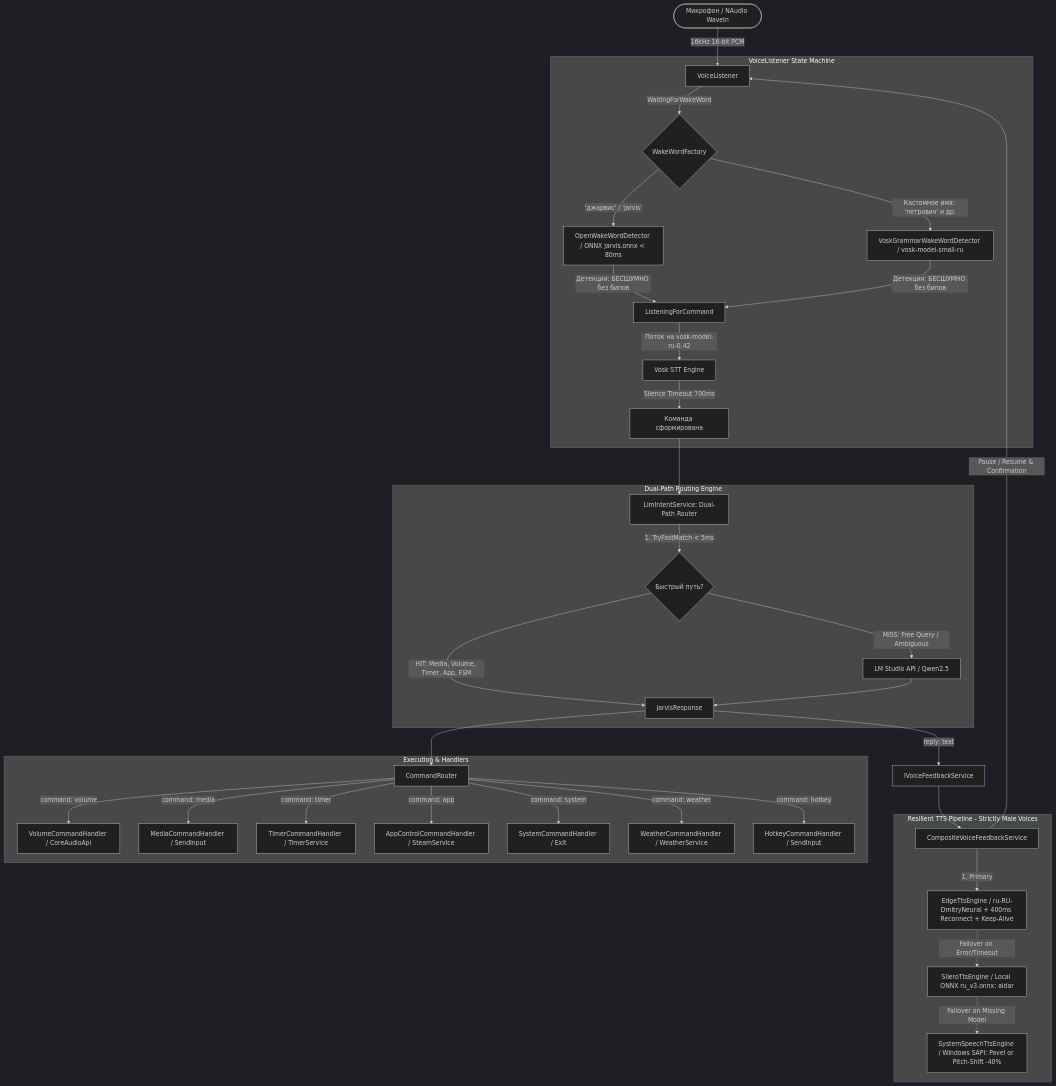
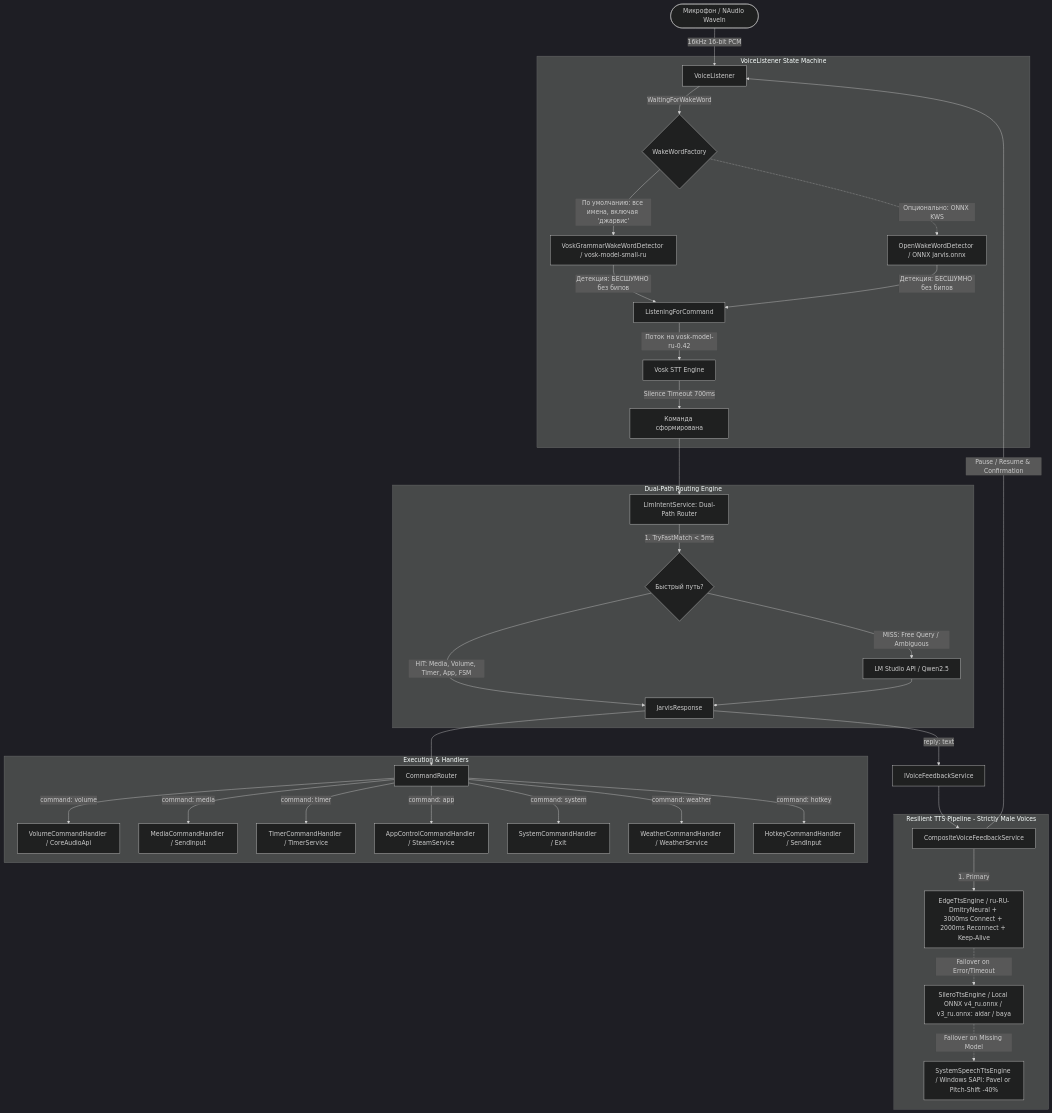
Before and after one commit to SamuRush/GemHelper: the first of 2 diagrams in ARCHITECTURE.md, drawn with Mermaid (dark theme). The commit also changed other lines of this file and 8 other files, not shown here.

Commit message:
fix(mic-tts): restore mic pipeline with VoskGrammar KWS, fix Edge-TTS and Silero timeouts

````diff
--- a/ARCHITECTURE.md
+++ b/ARCHITECTURE.md
@@ -11,46 +11,46 @@
 ```mermaid
 flowchart TD
     MIC([Микрофон / NAudio WaveIn]) -->|16kHz 16-bit PCM| VL[VoiceListener]
     
     subgraph VoiceListener_FSM [VoiceListener State Machine]
         VL -->|WaitingForWakeWord| WWF{WakeWordFactory}
-        WWF -->|'джарвис' / 'jarvis'| ONNX_WW[OpenWakeWordDetector / ONNX jarvis.onnx < 80ms]
-        WWF -->|Кастомное имя: 'петрович' и др.| VOSK_WW[VoskGrammarWakeWordDetector / vosk-model-small-ru]
+        WWF -->|По умолчанию: все имена, включая 'джарвис'| VOSK_WW[VoskGrammarWakeWordDetector / vosk-model-small-ru]
+        WWF -.->|Опционально: ONNX KWS| ONNX_WW[OpenWakeWordDetector / ONNX jarvis.onnx]
         
-        ONNX_WW -->|Детекция: БЕСШУМНО без бипов| ACL[ListeningForCommand]
-        VOSK_WW -->|Детекция: БЕСШУМНО без бипов| ACL
+        VOSK_WW -->|Детекция: БЕСШУМНО без бипов| ACL[ListeningForCommand]
+        ONNX_WW -->|Детекция: БЕСШУМНО без бипов| ACL
         ACL -->|Поток на vosk-model-ru-0.42| VOSK[Vosk STT Engine]
         VOSK -->|Silence Timeout 700ms| CMD_READY[Команда сформирована]
     end
 
     CMD_READY --> DUAL_PATH[LlmIntentService: Dual-Path Router]
 
     subgraph Routing_Engine [Dual-Path Routing Engine]
         DUAL_PATH -->|1. TryFastMatch < 5ms| FAST{Быстрый путь?}
         FAST -->|HIT: Media, Volume, Timer, App, FSM| DIRECT_RESP[JarvisResponse]
         FAST -->|MISS: Free Query / Ambiguous| LLM_CALL[LM Studio API / Qwen2.5]
         LLM_CALL --> DIRECT_RESP
     end
 
     DIRECT_RESP --> ROUTER[CommandRouter]
     
     subgraph Execution_Layer [Execution & Handlers]
         ROUTER -->|command: volume| VOL_H[VolumeCommandHandler / CoreAudioApi]
         ROUTER -->|command: media| MED_H[MediaCommandHandler / SendInput]
         ROUTER -->|command: timer| TIM_H[TimerCommandHandler / TimerService]
         ROUTER -->|command: app| APP_H[AppControlCommandHandler / SteamService]
         ROUTER -->|command: system| SYS_H[SystemCommandHandler / Exit]
         ROUTER -->|command: weather| WTH_H[WeatherCommandHandler / WeatherService]
         ROUTER -->|command: hotkey| HTK_H[HotkeyCommandHandler / SendInput]
     end
 
     DIRECT_RESP -->|reply: text| VFS[IVoiceFeedbackService]
     VFS --> TTS[CompositeVoiceFeedbackService]
 
     subgraph TTS_Pipeline [Resilient TTS Pipeline - Strictly Male Voices]
-        TTS -->|1. Primary| EDGE[EdgeTtsEngine / ru-RU-DmitryNeural + 400ms Reconnect + Keep-Alive]
-        EDGE -.->|Failover on Error/Timeout| SILERO[SileroTtsEngine / Local ONNX ru_v3.onnx: aidar]
+        TTS -->|1. Primary| EDGE[EdgeTtsEngine / ru-RU-DmitryNeural + 3000ms Connect + 2000ms Reconnect + Keep-Alive]
+        EDGE -.->|Failover on Error/Timeout| SILERO[SileroTtsEngine / Local ONNX v4_ru.onnx / v3_ru.onnx: aidar / baya]
         SILERO -.->|Failover on Missing Model| SAPI[SystemSpeechTtsEngine / Windows SAPI: Pavel or Pitch-Shift -40%]
         TTS -->|Pause / Resume & Confirmation| VL
     end
 ```
````
